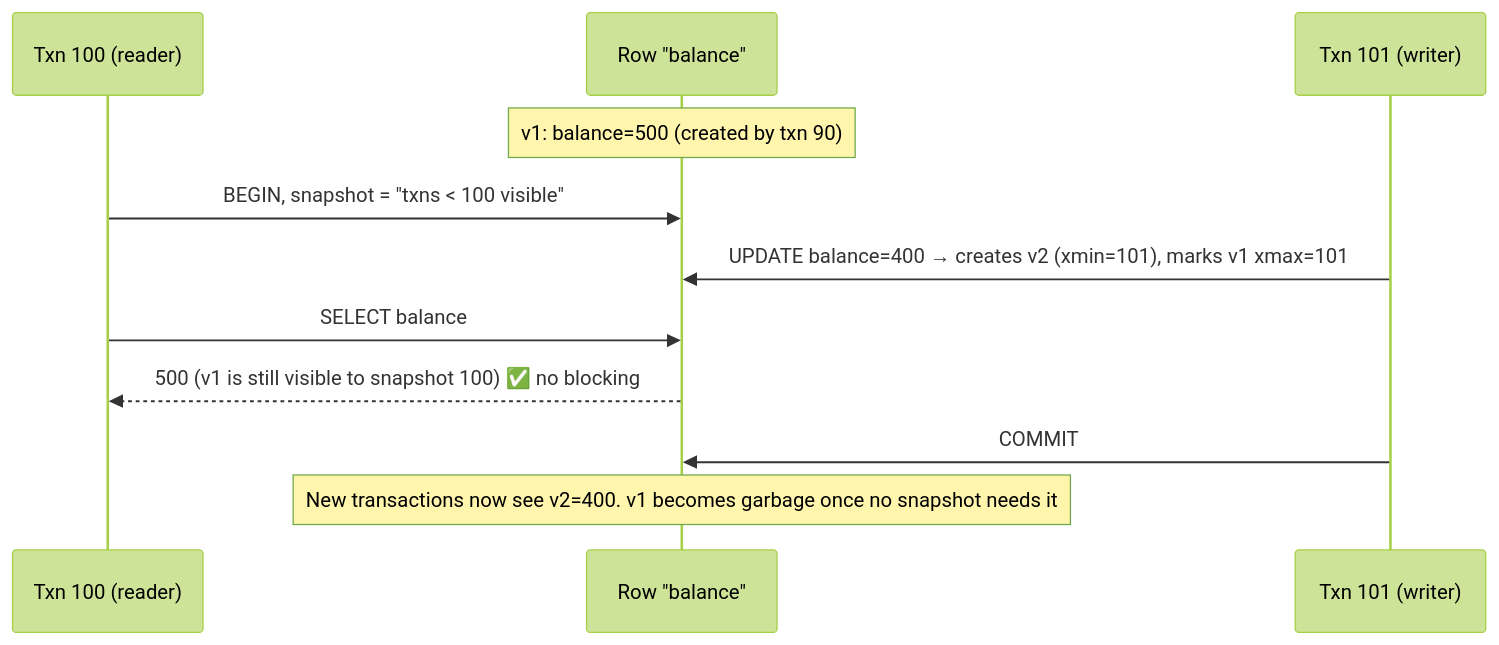
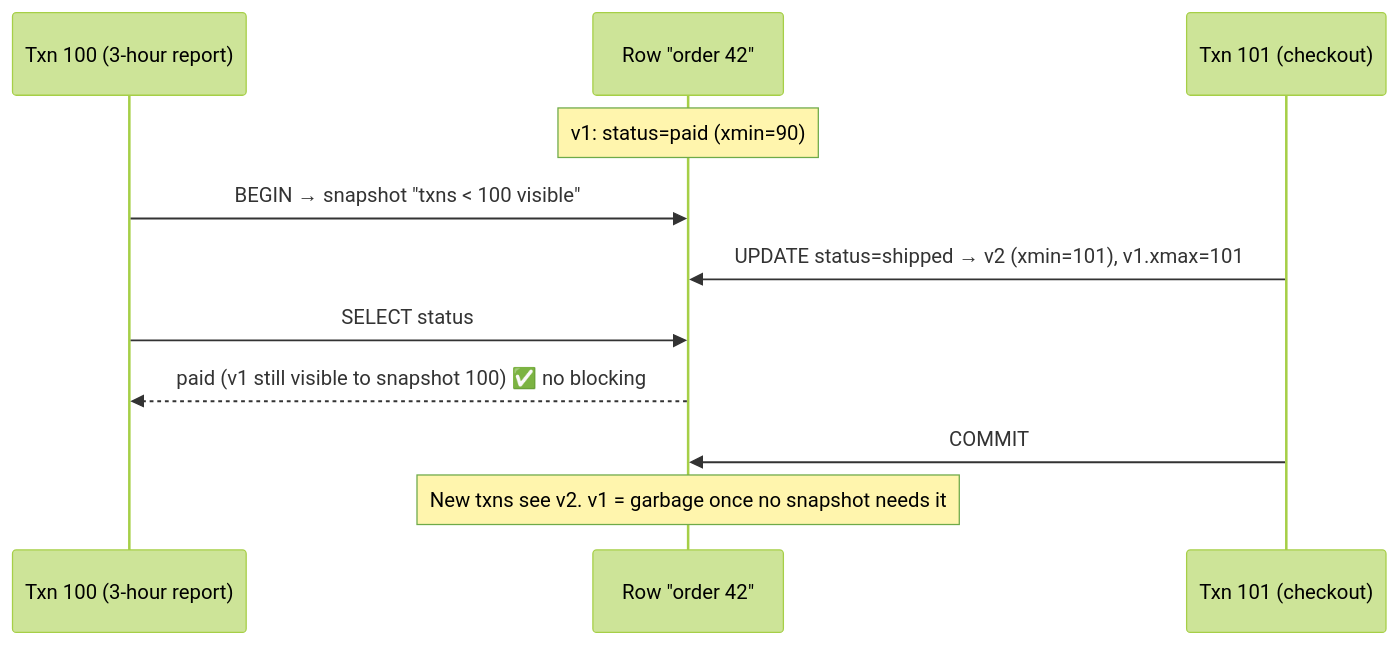
The diagram in phases/10-deep-internals/082-mvcc.md (winnyboy5/System-Design-from-Atoms), drawn with Mermaid (forest theme) before and after one commit. The commit also changed other lines of this file and 9 other files, not shown here.

````diff
--- a/phases/10-deep-internals/082-mvcc.md
+++ b/phases/10-deep-internals/082-mvcc.md
@@ -28,13 +38,13 @@
 ```mermaid
 sequenceDiagram
-    participant T1 as Txn 100 (reader)
-    participant DB as Row "balance"
-    participant T2 as Txn 101 (writer)
-    Note over DB: v1: balance=500 (created by txn 90)
-    T1->>DB: BEGIN, snapshot = "txns < 100 visible"
-    T2->>DB: UPDATE balance=400 → creates v2 (xmin=101), marks v1 xmax=101
-    T1->>DB: SELECT balance
-    DB-->>T1: 500 (v1 is still visible to snapshot 100) ✅ no blocking
+    participant T1 as Txn 100 (3-hour report)
+    participant DB as Row "order 42"
+    participant T2 as Txn 101 (checkout)
+    Note over DB: v1: status=paid (xmin=90)
+    T1->>DB: BEGIN → snapshot "txns < 100 visible"
+    T2->>DB: UPDATE status=shipped → v2 (xmin=101), v1.xmax=101
+    T1->>DB: SELECT status
+    DB-->>T1: paid (v1 still visible to snapshot 100) ✅ no blocking
     T2->>DB: COMMIT
-    Note over DB: New transactions now see v2=400. v1 becomes garbage once no snapshot needs it
+    Note over DB: New txns see v2. v1 = garbage once no snapshot needs it
 ```
````
